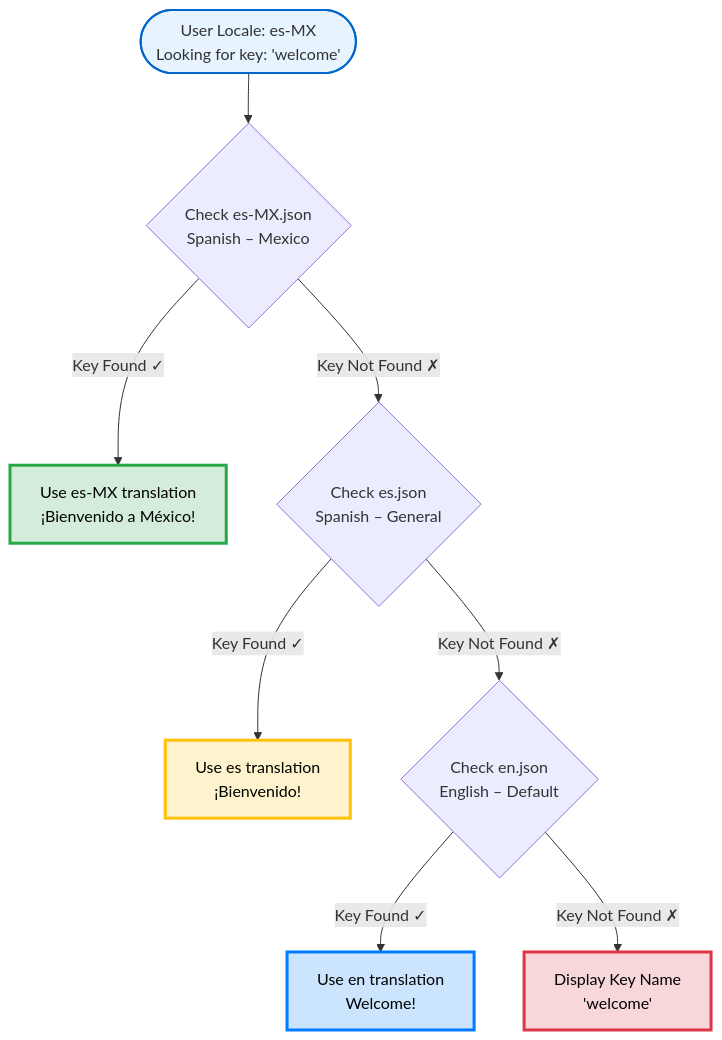
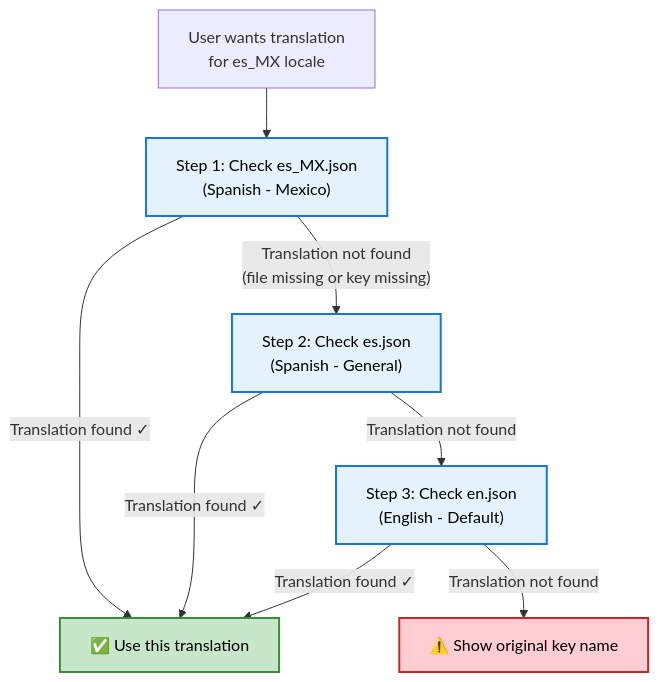
The diagram in docs/translations.mdx (ingdas/suprsend-documentation), drawn with Mermaid before and after one commit. The commit also changed other lines of this file and 33 other files, not shown here.

````diff
--- a/docs/translations.mdx
+++ b/docs/translations.mdx
@@ -78,19 +72,16 @@
 ```mermaid
 flowchart TD
-    Start([User Locale: es-MX<br/>Looking for key: 'welcome']) --> Step1{Check es-MX.json<br/>Spanish – Mexico}
+    Start["User wants translation<br/>for es_MX locale"] --> Step1["Step 1: Check es_MX.json<br/>(Spanish - Mexico)"]
+    Step1 -->|"Translation found ✓"| Success["✅ Use this translation"]
+    Step1 -->|"Translation not found<br/>(file missing or key missing)"| Step2["Step 2: Check es.json<br/>(Spanish - General)"]
+    Step2 -->|"Translation found ✓"| Success
+    Step2 -->|"Translation not found"| Step3["Step 3: Check en.json<br/>(English - Default)"]
+    Step3 -->|"Translation found ✓"| Success
+    Step3 -->|"Translation not found"| Fallback["⚠️ Show original key name"]
     
-    Step1 -->|Key Found ✓| Use1[Use es-MX translation<br/>¡Bienvenido a México!]
-    Step1 -->|Key Not Found ✗| Step2{Check es.json<br/>Spanish – General}
-    
-    Step2 -->|Key Found ✓| Use2[Use es translation<br/>¡Bienvenido!]
-    Step2 -->|Key Not Found ✗| Step3{Check en.json<br/>English – Default}
-    
-    Step3 -->|Key Found ✓| Use3[Use en translation<br/>Welcome!]
-    Step3 -->|Key Not Found ✗| Error[Display Key Name<br/>'welcome']
-    
-    style Use1 fill:#d4edda,stroke:#28a745,stroke-width:3px,color:#000
-    style Use2 fill:#fff3cd,stroke:#ffc107,stroke-width:3px,color:#000
-    style Use3 fill:#cce5ff,stroke:#007bff,stroke-width:3px,color:#000
-    style Error fill:#f8d7da,stroke:#dc3545,stroke-width:3px,color:#000
-    style Start fill:#e7f3ff,stroke:#0066cc,stroke-width:2px
+    style Step1 fill:#e3f2fd,stroke:#1976d2,stroke-width:2px,color:#000
+    style Step2 fill:#e3f2fd,stroke:#1976d2,stroke-width:2px,color:#000
+    style Step3 fill:#e3f2fd,stroke:#1976d2,stroke-width:2px,color:#000
+    style Success fill:#c8e6c9,stroke:#388e3c,stroke-width:2px,color:#000
+    style Fallback fill:#ffcdd2,stroke:#c62828,stroke-width:2px,color:#000
 ```
````
